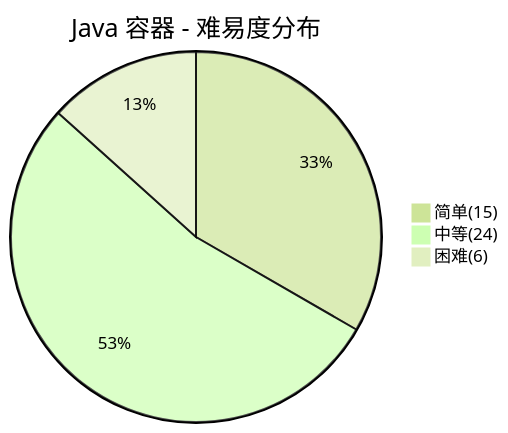
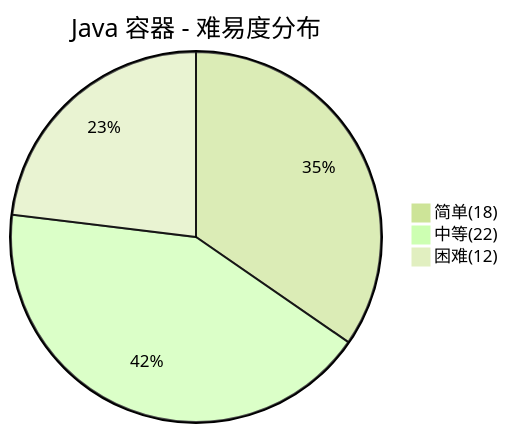
One commit to dunwu/waterdrop changed the second of 4 diagrams in docs/99.面试/JavaCore面试.md. Above: the diagram before and after it, drawn with Mermaid (forest theme). The commit also changed other lines of this file and 73 other files, not shown here.

````diff
--- a/docs/99.面试/JavaCore面试.md
+++ b/docs/99.面试/JavaCore面试.md
@@ -169,6 +169,6 @@
 ```mermaid
 pie title Java 容器 - 难易度分布
-    "简单(15)" : 15
-    "中等(24)" : 24
-    "困难(6)" : 6
+    "简单(18)" : 18
+    "中等(22)" : 22
+    "困难(12)" : 12
 ```
````
